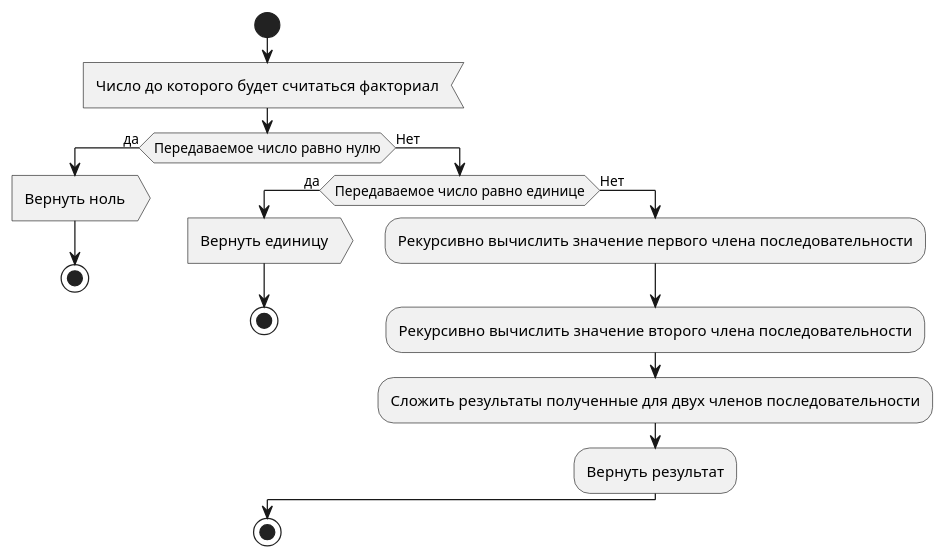
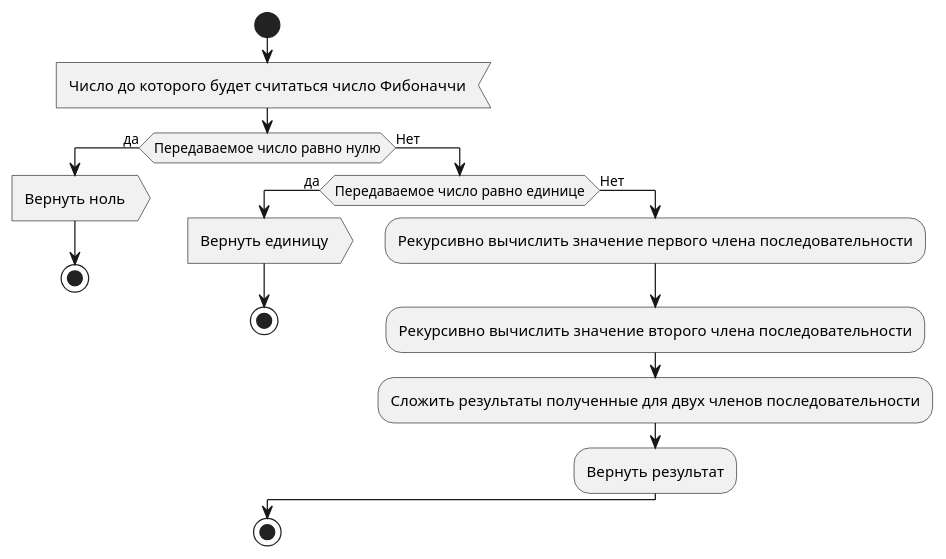
The diagram in Scenarios/3.2. Fibonacci.puml (YA-NDT/IC-ADSC-TD), drawn with PlantUML before and after one commit. The commit also changed 1 other file, not shown here.

Commit message:
Исправлена ошибка в сценарии - вместо Фибоначчи был факториал.

```diff
--- a/Scenarios/3.2. Fibonacci.puml
+++ b/Scenarios/3.2. Fibonacci.puml
@@ -1,20 +1,20 @@
 @startuml
 start
-    :Число до которого будет считаться факториал<
+    :Число до которого будет считаться число Фибоначчи<
     
     if (Передаваемое число равно нулю) then (да)
         :Вернуть ноль>
         stop
     else (Нет)
         if (Передаваемое число равно единице) then (да)
             :Вернуть единицу>
             stop
         else (Нет)
             :Рекурсивно вычислить значение первого члена последовательности;
             :Рекурсивно вычислить значение второго члена последовательности;
             :Сложить результаты полученные для двух членов последовательности;
             :Вернуть результат;
         endif
     endif
 stop
 @enduml
```
